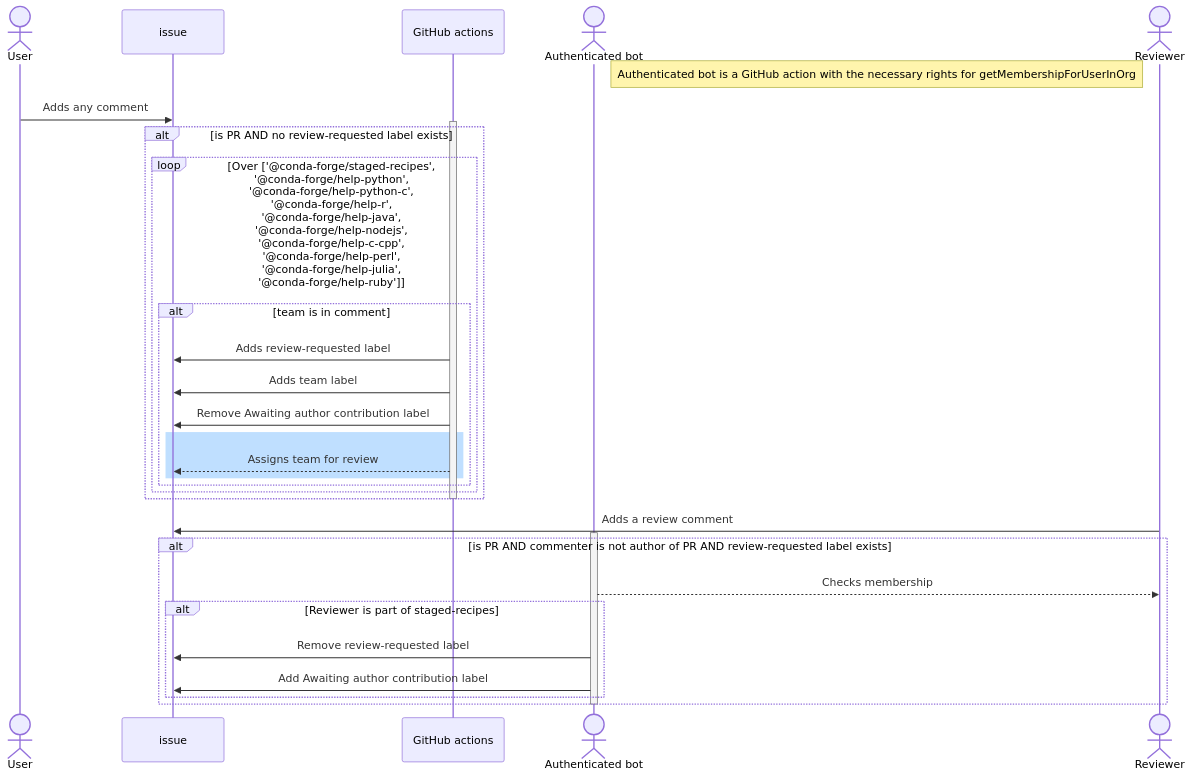
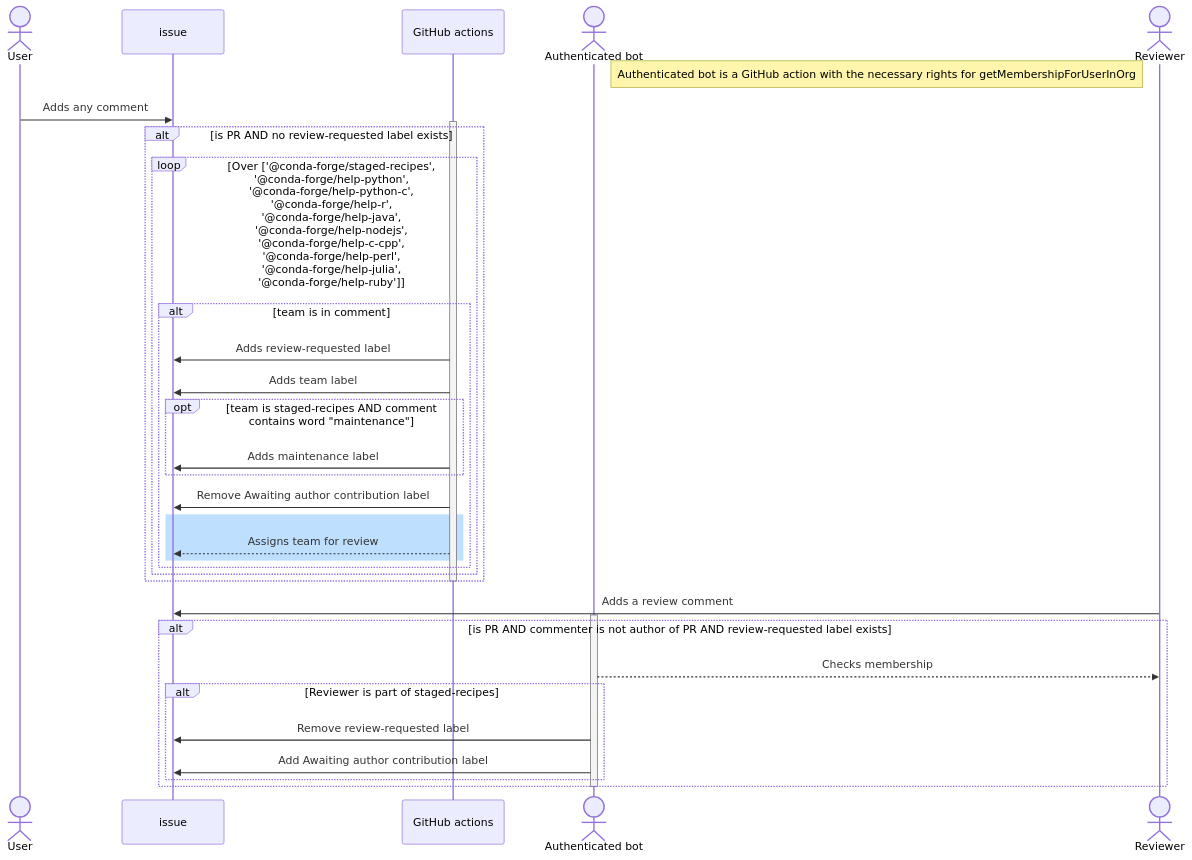
The first of 2 diagrams in .github/workflows/README.md (conda-forge/staged-recipes), drawn with Mermaid before and after one commit. The commit also changed 3 other files, not shown here.

Commit message:
Add functionality for automated maintenance label

````diff
--- a/.github/workflows/README.md
+++ b/.github/workflows/README.md
@@ -7,34 +7,37 @@
 ```mermaid
 sequenceDiagram
     actor User
     participant issue
     participant GitHub actions
     actor Authenticated bot
     actor Reviewer
     Note right of Authenticated bot: Authenticated bot is a GitHub action with the necessary rights for getMembershipForUserInOrg
     User->>issue: Adds any comment
     activate GitHub actions
     alt is PR AND no review-requested label exists
         loop Over ['@conda-forge/staged-recipes', '@conda-forge/help-python', '@conda-forge/help-python-c', '@conda-forge/help-r', '@conda-forge/help-java', '@conda-forge/help-nodejs', '@conda-forge/help-c-cpp', '@conda-forge/help-perl', '@conda-forge/help-julia', '@conda-forge/help-ruby']
             alt team is in comment
                 GitHub actions->>issue: Adds review-requested label
                 GitHub actions->>issue: Adds team label
+                opt team is staged-recipes AND comment contains word "maintenance"
+                    GitHub actions->>issue: Adds maintenance label
+                end
                 GitHub actions->>issue: Remove Awaiting author contribution label
                 rect rgb(191, 223, 255)
                     GitHub actions-->>issue: Assigns team for review
                 end
             end
         end
     end
     deactivate GitHub actions
     Reviewer->>issue: Adds a review comment
     activate Authenticated bot
     alt is PR AND commenter is not author of PR AND review-requested label exists
         Authenticated bot-->>Reviewer: Checks membership
         alt Reviewer is part of staged-recipes
             Authenticated bot->>issue: Remove review-requested label
             Authenticated bot->>issue: Add Awaiting author contribution label
         end
     end
     deactivate Authenticated bot
 ```
````
